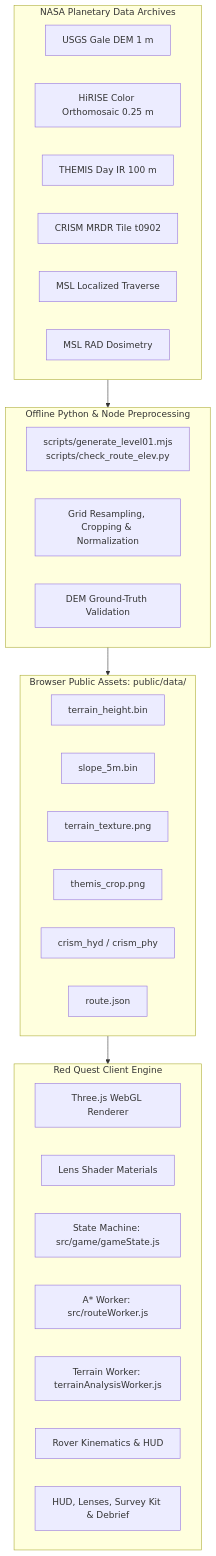
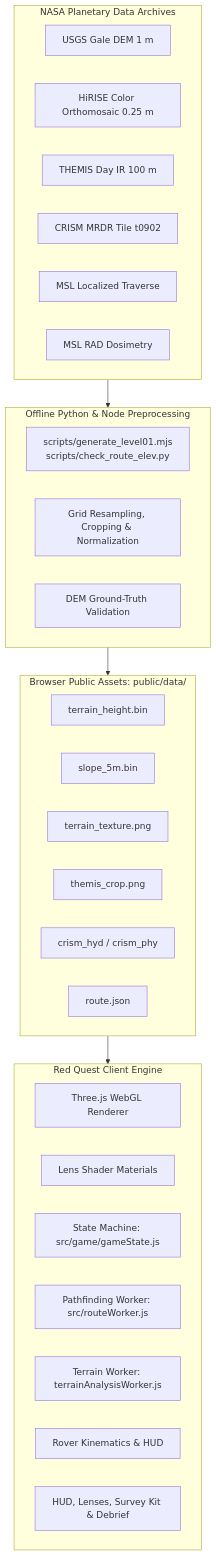
Before and after one commit to Erebo/red-quest: the first of 4 diagrams in README.md, drawn with Mermaid. The commit also changed other lines of this file, not shown here.

````diff
--- a/README.md
+++ b/README.md
@@ -306,40 +306,40 @@
 ```mermaid
 flowchart TD
     subgraph NASA_PDS["NASA Planetary Data Archives"]
         DEM[USGS Gale DEM 1 m]
         HIRISE[HiRISE Color Orthomosaic 0.25 m]
         THEMIS[THEMIS Day IR 100 m]
         CRISM[CRISM MRDR Tile t0902]
         TRAV[MSL Localized Traverse]
         RAD[MSL RAD Dosimetry]
     end
 
     subgraph OFFLINE_PIPELINE["Offline Python & Node Preprocessing"]
         PREP[scripts/generate_level01.mjs<br/>scripts/check_route_elev.py]
         NORM[Grid Resampling, Cropping & Normalization]
         EVAL[DEM Ground-Truth Validation]
     end
 
     subgraph STATIC_ASSETS["Browser Public Assets: public/data/"]
         ELEV_BIN[terrain_height.bin]
         SLOPE_BIN[slope_5m.bin]
         HI_PNG[terrain_texture.png]
         THEMIS_PNG[themis_crop.png]
         CRISM_PNG[crism_hyd / crism_phy]
         ROUTE_JSON[route.json]
     end
 
     subgraph BROWSER_ENGINE["Red Quest Client Engine"]
         THREE_APP[Three.js WebGL Renderer]
         SHADERS[Lens Shader Materials]
         FSM[State Machine: src/game/gameState.js]
-        WORKER[A* Worker: src/routeWorker.js]
+        WORKER[Pathfinding Worker: src/routeWorker.js]
         TERRAIN[Terrain Worker: terrainAnalysisWorker.js]
         PHYSICS[Rover Kinematics & HUD]
         UI[HUD, Lenses, Survey Kit & Debrief]
     end
 
     NASA_PDS --> OFFLINE_PIPELINE
     OFFLINE_PIPELINE --> STATIC_ASSETS
     STATIC_ASSETS --> BROWSER_ENGINE
 ```
````
